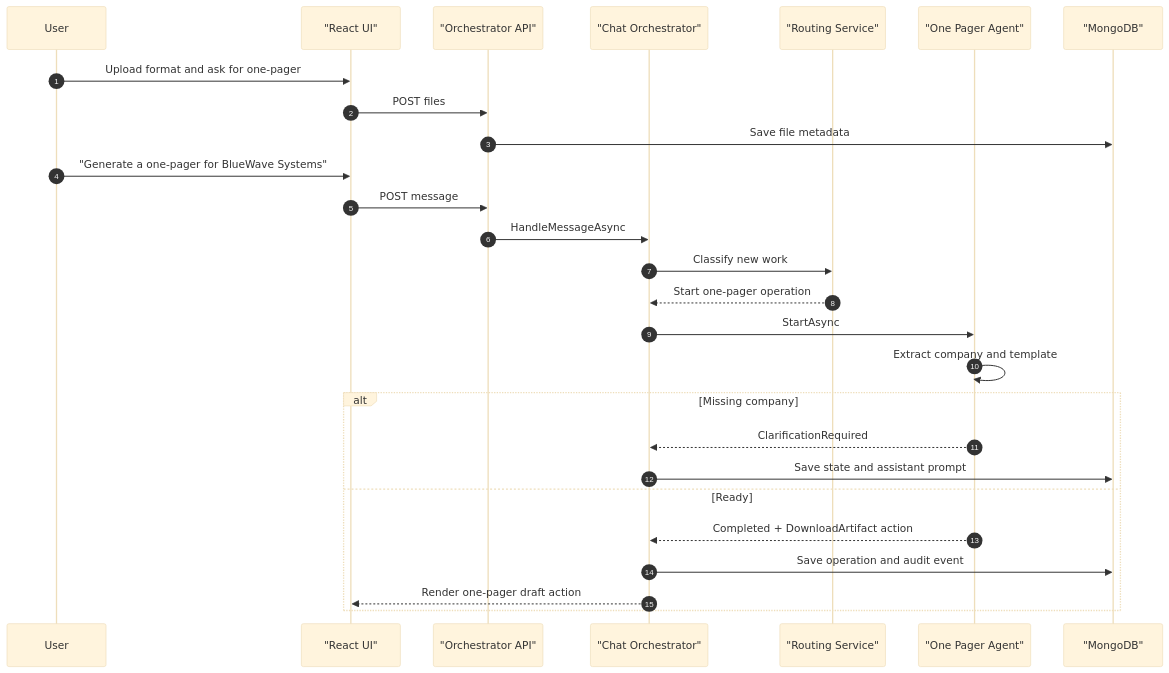
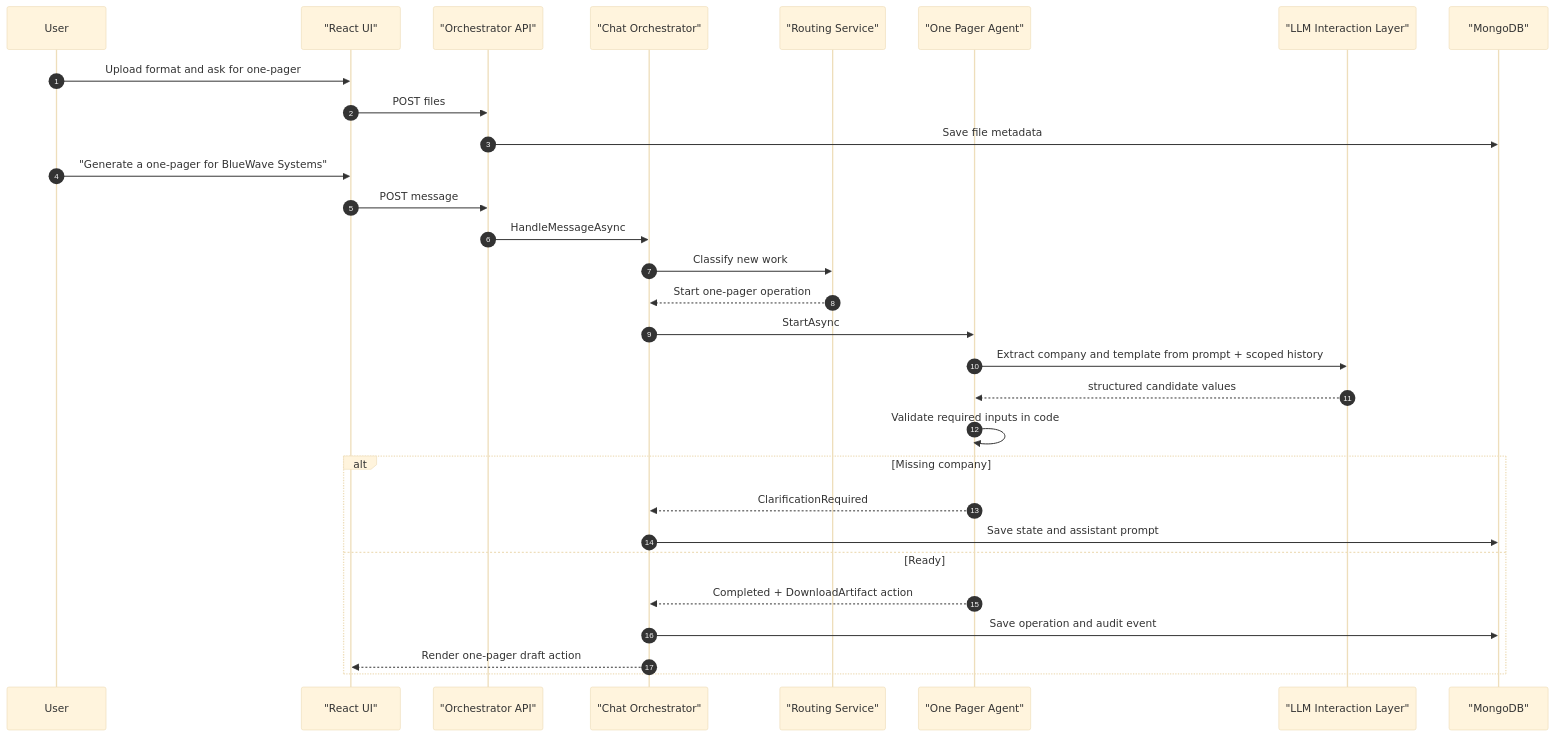
The eighth of 15 diagrams in docs/system-design.md (naveenpatilcbit/agentic-orchestrator), drawn with Mermaid (base theme) before and after one commit. The commit also changed other lines of this file and 16 other files, not shown here.

````diff
--- a/docs/system-design.md
+++ b/docs/system-design.md
@@ -482,31 +546,34 @@
 ```mermaid
 sequenceDiagram
     autonumber
     participant U as User
     participant UI as "React UI"
     participant API as "Orchestrator API"
     participant CHAT as "Chat Orchestrator"
     participant ROUTER as "Routing Service"
     participant AGENT as "One Pager Agent"
+    participant LLM as "LLM Interaction Layer"
     participant DB as "MongoDB"
 
     U->>UI: Upload format and ask for one-pager
     UI->>API: POST files
     API->>DB: Save file metadata
     U->>UI: "Generate a one-pager for BlueWave Systems"
     UI->>API: POST message
     API->>CHAT: HandleMessageAsync
     CHAT->>ROUTER: Classify new work
     ROUTER-->>CHAT: Start one-pager operation
     CHAT->>AGENT: StartAsync
-    AGENT->>AGENT: Extract company and template
+    AGENT->>LLM: Extract company and template from prompt + scoped history
+    LLM-->>AGENT: structured candidate values
+    AGENT->>AGENT: Validate required inputs in code
 
     alt Missing company
         AGENT-->>CHAT: ClarificationRequired
         CHAT->>DB: Save state and assistant prompt
     else Ready
         AGENT-->>CHAT: Completed + DownloadArtifact action
         CHAT->>DB: Save operation and audit event
         CHAT-->>UI: Render one-pager draft action
     end
 ```
````
